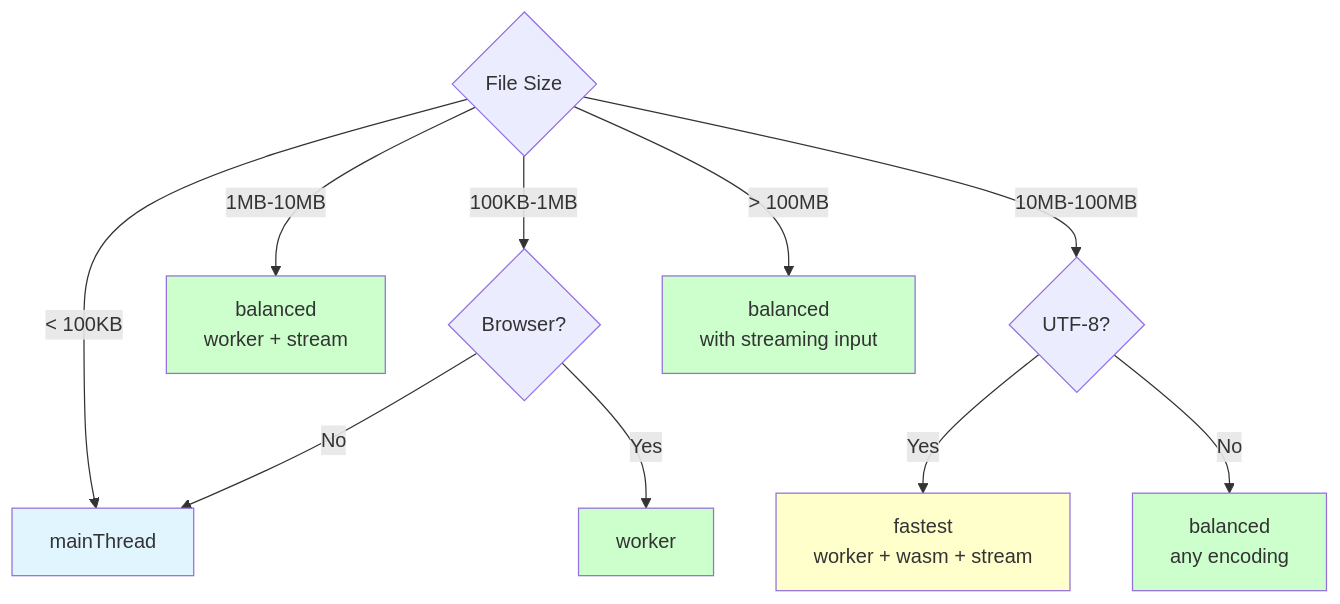
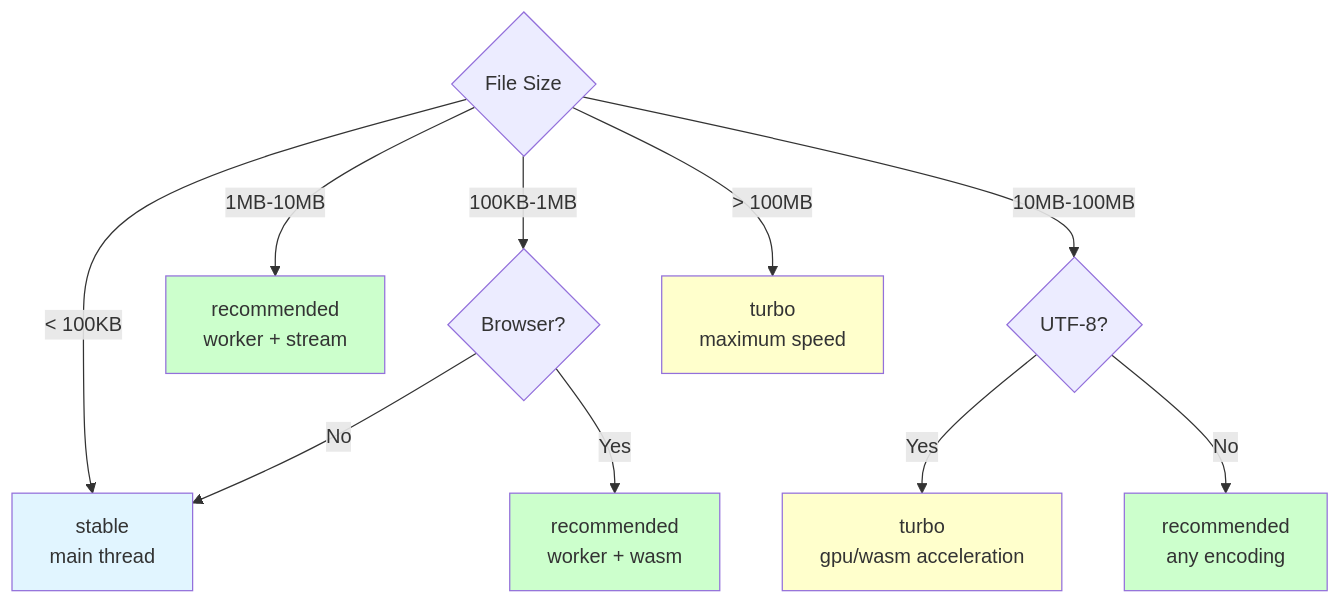
Before and after one commit to kamiazya/web-csv-toolbox: the sixth of 6 diagrams in docs/explanation/execution-strategies.md, drawn with Mermaid. The commit also changed other lines of this file and 107 other files, not shown here.

````diff
--- a/docs/explanation/execution-strategies.md
+++ b/docs/explanation/execution-strategies.md
@@ -641,22 +641,22 @@
 ```mermaid
 graph TD
-    Start{File Size} --> |< 100KB| MainThread[mainThread]
+    Start{File Size} --> |< 100KB| Stable[stable<br/>main thread]
     Start --> |100KB-1MB| Choice1{Browser?}
-    Choice1 --> |Yes| Worker1[worker]
-    Choice1 --> |No| MainThread
+    Choice1 --> |Yes| Recommended[recommended<br/>worker + wasm]
+    Choice1 --> |No| Stable
 
-    Start --> |1MB-10MB| Balanced[balanced<br/>worker + stream]
+    Start --> |1MB-10MB| Recommended2[recommended<br/>worker + stream]
 
     Start --> |10MB-100MB| UTF8{UTF-8?}
-    UTF8 --> |Yes| Fastest[fastest<br/>worker + wasm + stream]
-    UTF8 --> |No| Balanced2[balanced<br/>any encoding]
+    UTF8 --> |Yes| Turbo[turbo<br/>gpu/wasm acceleration]
+    UTF8 --> |No| Recommended3[recommended<br/>any encoding]
 
-    Start --> |> 100MB| Stream[balanced<br/>with streaming input]
+    Start --> |> 100MB| Turbo2[turbo<br/>maximum speed]
 
-    style MainThread fill:#e1f5ff
-    style Worker1 fill:#ccffcc
-    style Balanced fill:#ccffcc
-    style Fastest fill:#ffffcc
-    style Balanced2 fill:#ccffcc
-    style Stream fill:#ccffcc
+    style Stable fill:#e1f5ff
+    style Recommended fill:#ccffcc
+    style Recommended2 fill:#ccffcc
+    style Turbo fill:#ffffcc
+    style Recommended3 fill:#ccffcc
+    style Turbo2 fill:#ffffcc
 ```
````
